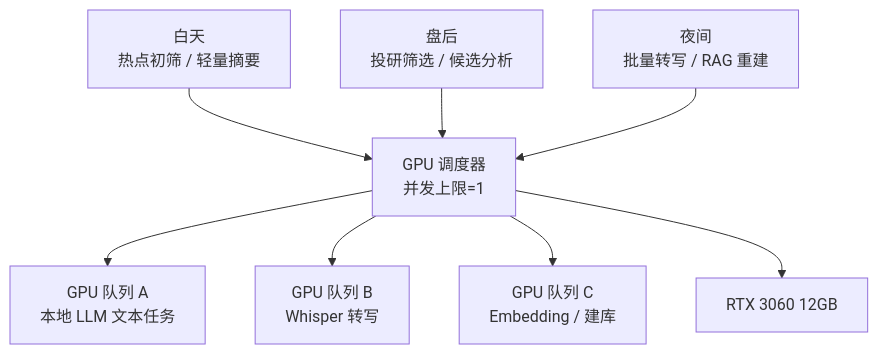
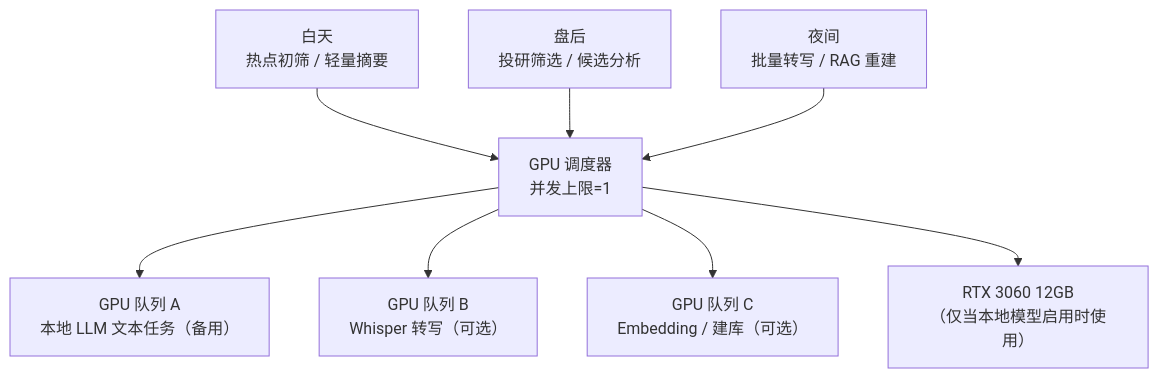
One commit to leeliu2580-ui/YMOS changed the seventh of 9 diagrams in docs/superpowers/plans/2026-03-30-finance-media-research-automation-diagrams.md. Above: the diagram before and after it, drawn with Mermaid. The commit also changed other lines of this file and 6 other files, not shown here.

````diff
--- a/docs/superpowers/plans/2026-03-30-finance-media-research-automation-diagrams.md
+++ b/docs/superpowers/plans/2026-03-30-finance-media-research-automation-diagrams.md
@@ -211,16 +211,16 @@
 ```mermaid
 flowchart TB
-    Q1[GPU 队列 A\n本地 LLM 文本任务]
-    Q2[GPU 队列 B\nWhisper 转写]
-    Q3[GPU 队列 C\nEmbedding / 建库]
+    Q1[GPU 队列 A\n本地 LLM 文本任务（备用）]
+    Q2[GPU 队列 B\nWhisper 转写（可选）]
+    Q3[GPU 队列 C\nEmbedding / 建库（可选）]
 
     SCH[GPU 调度器\n并发上限=1] --> Q1
     SCH --> Q2
     SCH --> Q3
 
     T1[白天\n热点初筛 / 轻量摘要] --> SCH
     T2[盘后\n投研筛选 / 候选分析] --> SCH
     T3[夜间\n批量转写 / RAG 重建] --> SCH
 
-    SCH --> GPU[RTX 3060 12GB]
+    SCH --> GPU[RTX 3060 12GB\n（仅当本地模型启用时使用）]
 ```
````
